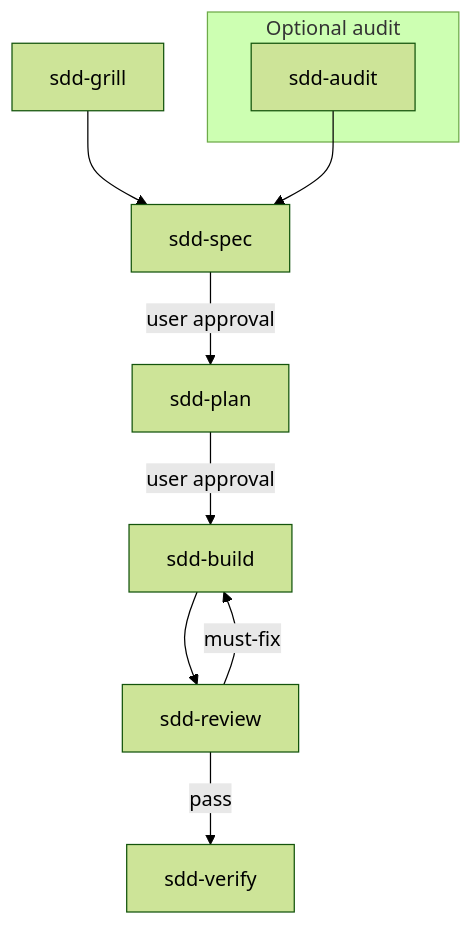
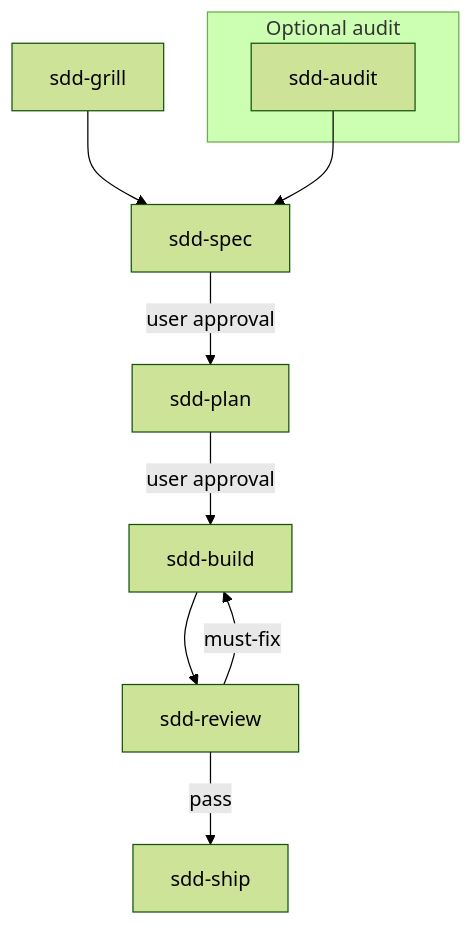
One commit to zhijunio/sdd-skills changed the diagram in README.md. Above: the diagram before and after it, drawn with Mermaid (forest theme). The commit also changed other lines of this file and 18 other files, not shown here.

First line of the commit message:
refactor(sdd): replace sdd-verify with sdd-ship, merge git-release

````diff
--- a/README.md
+++ b/README.md
@@ -86,16 +86,16 @@
 ```mermaid
 flowchart TD
   G[sdd-grill]
   subgraph audit["Optional audit"]
     A[sdd-audit]
   end
 
   S[sdd-spec] -->|user approval| P[sdd-plan]
   P -->|user approval| B[sdd-build]
   B --> R[sdd-review]
   R -->|must-fix| B
-  R -->|pass| V[sdd-verify]
+  R -->|pass| V[sdd-ship]
 
   G --> S
   A --> S
 ```
````
